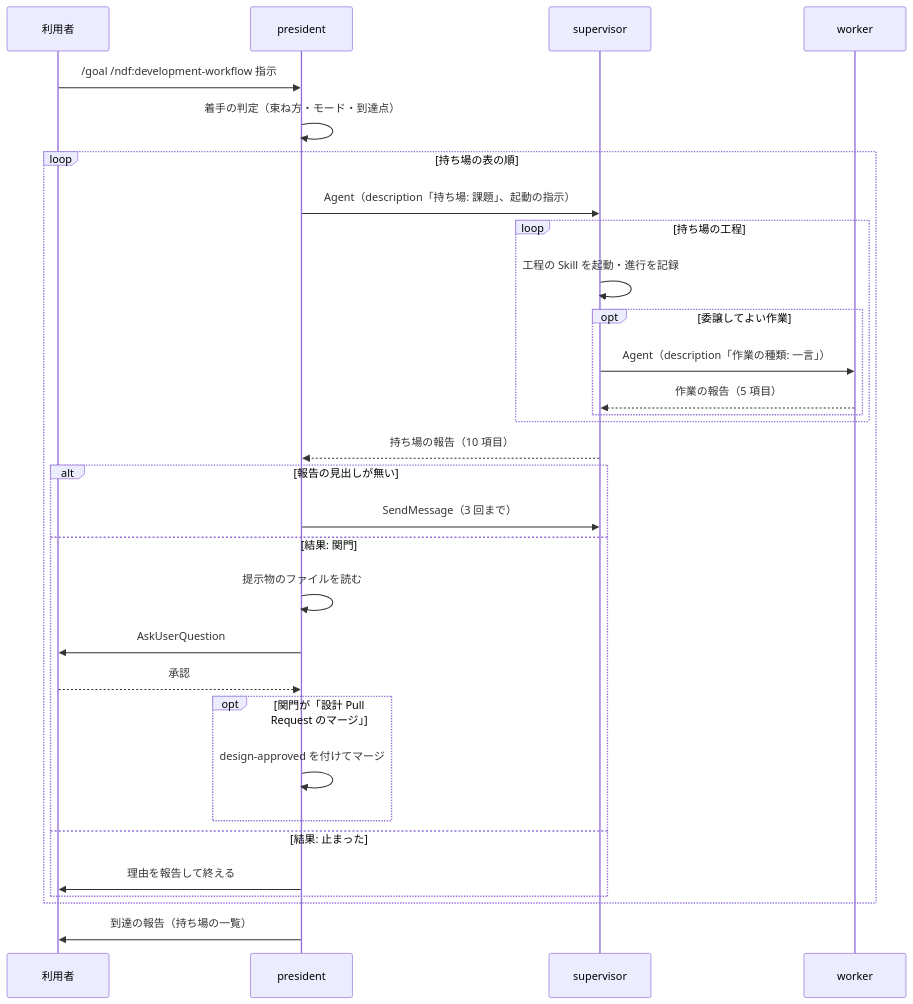
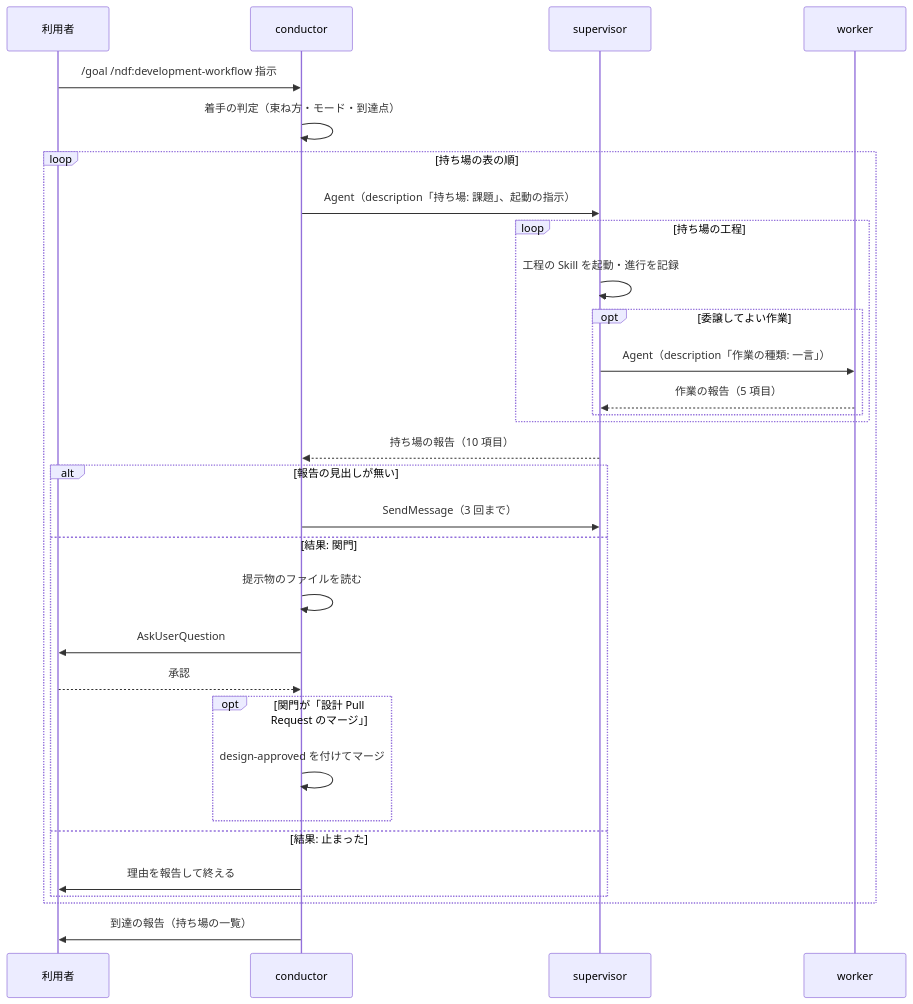
The fifth of 6 diagrams in issues/issue-550-657-design.md (devbasex/ai-plugins), drawn with Mermaid before and after one commit. The commit also changed other lines of this file and 2 other files, not shown here.

First line of the commit message:
Docs: 最上位の層の名前を president から conductor にする（#550 #657）

````diff
--- a/issues/issue-550-657-design.md
+++ b/issues/issue-550-657-design.md
@@ -388,33 +388,33 @@
 ```mermaid
 sequenceDiagram
     participant H as 利用者
-    participant P as president
+    participant P as conductor
     participant S as supervisor
     participant W as worker
     H->>P: /goal /ndf:development-workflow 指示
     P->>P: 着手の判定（束ね方・モード・到達点）
     loop 持ち場の表の順
         P->>S: Agent（description「持ち場: 課題」、起動の指示）
         loop 持ち場の工程
             S->>S: 工程の Skill を起動・進行を記録
             opt 委譲してよい作業
                 S->>W: Agent（description「作業の種類: 一言」）
                 W-->>S: 作業の報告（5 項目）
             end
         end
         S-->>P: 持ち場の報告（10 項目）
         alt 報告の見出しが無い
             P->>S: SendMessage（3 回まで）
         else 結果: 関門
             P->>P: 提示物のファイルを読む
             P->>H: AskUserQuestion
             H-->>P: 承認
             opt 関門が「設計 Pull Request のマージ」
                 P->>P: design-approved を付けてマージ
             end
         else 結果: 止まった
             P->>H: 理由を報告して終える
         end
     end
     P->>H: 到達の報告（持ち場の一覧）
 ```
````
